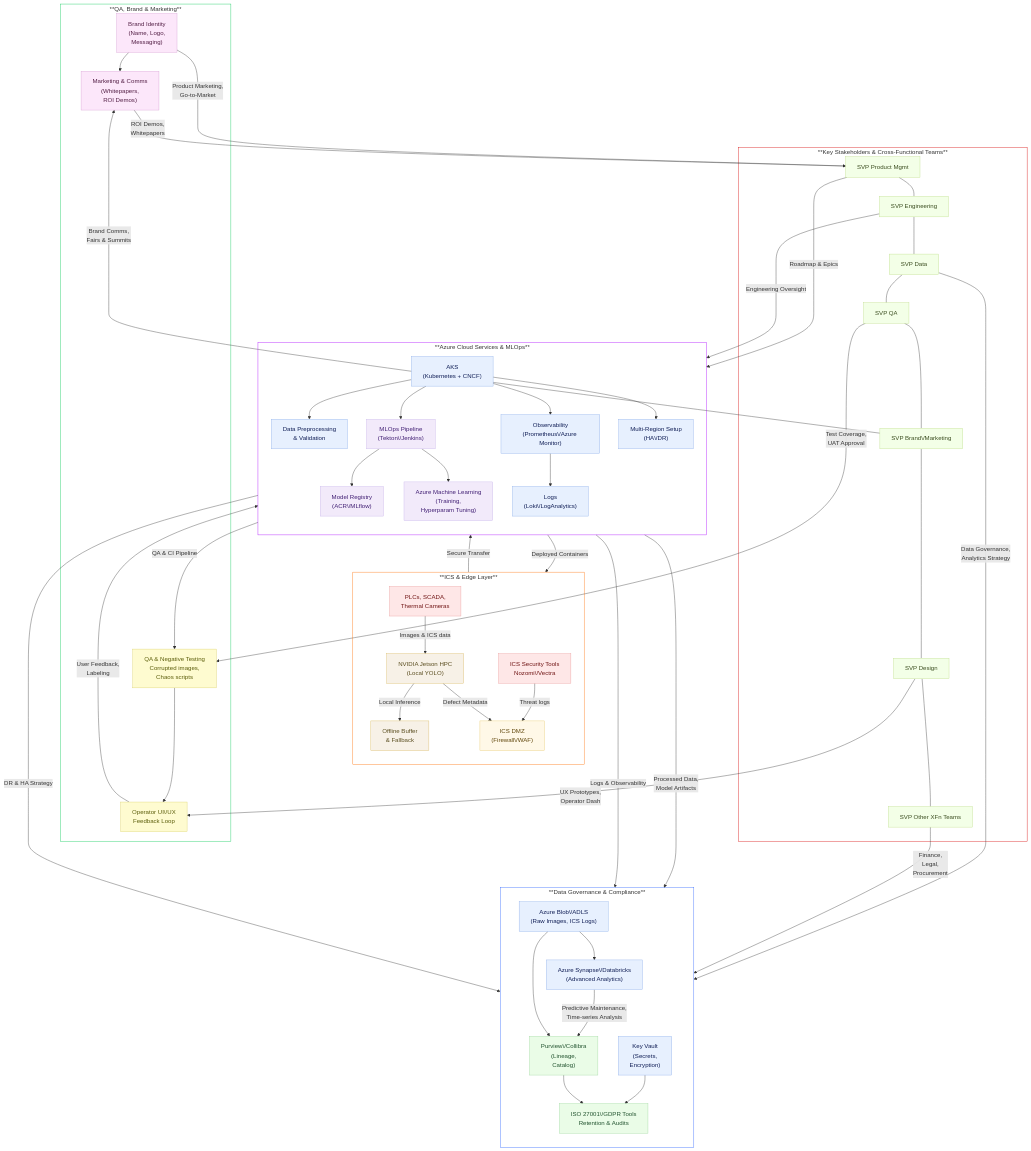
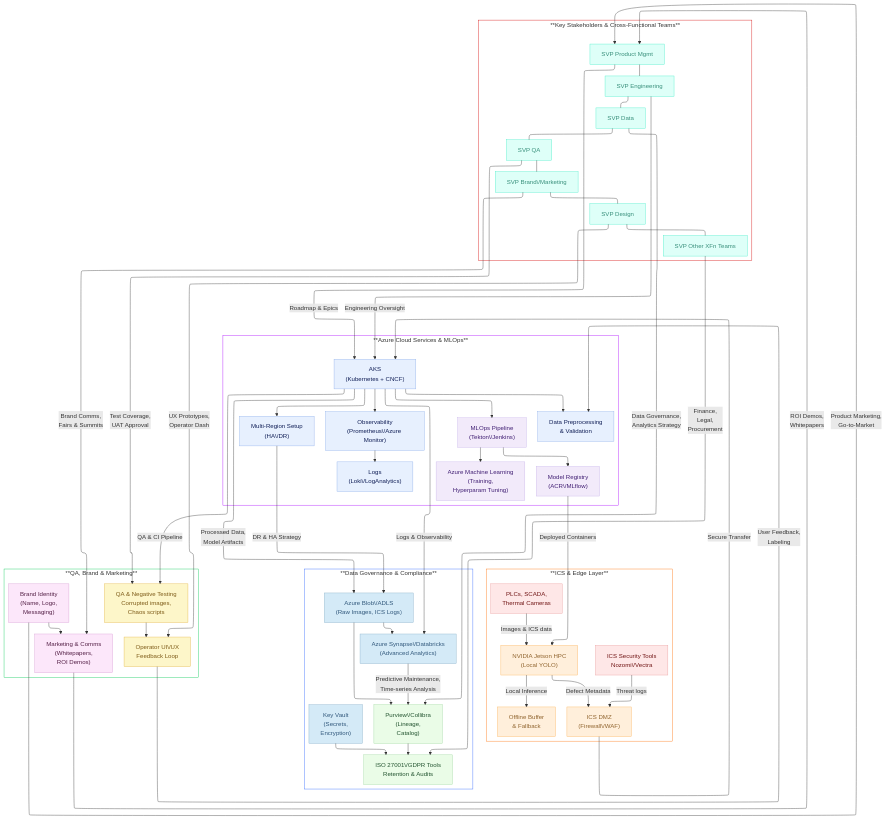
One commit to suprachakra/AlumiGuard-AI changed the diagram in README.md. Above: the diagram before and after it, drawn with Mermaid.

````diff
--- a/README.md
+++ b/README.md
@@ -32,17 +32,21 @@
 ```mermaid
+---
+config:
+  layout: elk
+---
 flowchart TB
  subgraph ICS_Env["**ICS & Edge Layer**"]
     direction TB
         A1["ICS Security Tools<br>Nozomi\/Vectra"]
         A2["PLCs, SCADA,<br>Thermal Cameras"]
         A3["NVIDIA Jetson HPC<br>(Local YOLO)"]
-        A4["Offline Buffer<br>& Fallback"]
+        A4["Offline Buffer<br>&amp; Fallback"]
         A5["ICS DMZ<br>(Firewall\/WAF)"]
   end
  subgraph Azure_Cloud["**Azure Cloud Services & MLOps**"]
     direction TB
         B1["AKS<br>(Kubernetes + CNCF)"]
-        B2["Data Preprocessing<br>& Validation"]
+        B2["Data Preprocessing<br>&amp; Validation"]
         B3["MLOps Pipeline<br>(Tekton\/Jenkins)"]
         B4["Model Registry<br>(ACR\/MLflow)"]
         B5["Azure Machine Learning<br>(Training,<br>Hyperparam Tuning)"]
@@ -56,13 +60,13 @@
         C2["Azure Synapse\/Databricks<br>(Advanced Analytics)"]
         C3["Purview\/Collibra<br>(Lineage,<br>Catalog)"]
         C4["Key Vault<br>(Secrets,<br>Encryption)"]
-        C5["ISO 27001\/GDPR Tools<br>Retention & Audits"]
+        C5["ISO 27001\/GDPR Tools<br>Retention &amp; Audits"]
   end
  subgraph QA_Brand_Marketing["**QA, Brand & Marketing**"]
-        D1["QA & Negative Testing<br>Corrupted images,<br>Chaos scripts"]
+        D1["QA &amp; Negative Testing<br>Corrupted images,<br>Chaos scripts"]
         D2["Operator UI\/UX<br>Feedback Loop"]
         D3["Brand Identity<br>(Name, Logo,<br>Messaging)"]
-        D4["Marketing & Comms<br>(Whitepapers,<br>ROI Demos)"]
+        D4["Marketing &amp; Comms<br>(Whitepapers,<br>ROI Demos)"]
   end
  subgraph Stakeholders["**Key Stakeholders & Cross-Functional Teams**"]
         E1["SVP Product Mgmt"]
@@ -105,15 +109,17 @@
     E2 -- Engineering Oversight --> B1
     E3 -- Data Governance,<br>Analytics Strategy --> C3
     E4 -- Test Coverage,<br>UAT Approval --> D1
-    E5 -- Brand Comms,<br>Fairs & Summits --> D4
+    E5 -- Brand Comms,<br>Fairs &amp; Summits --> D4
     E6 -- UX Prototypes,<br>Operator Dash --> D2
     E7 -- Finance,<br>Legal,<br>Procurement --> C5
-
      A1:::ICS
      A2:::ICS
      A3:::HPC
+     A3:::Peach
      A4:::HPC
+     A4:::Peach
      A5:::DMZ
+     A5:::Peach
      B1:::Azure
      B2:::Azure
      B3:::MLOps
@@ -123,21 +129,33 @@
      B7:::Azure
      B8:::Azure
      C1:::Azure
+     C1:::MonetBlue
      C2:::Azure
+     C2:::MonetBlue
      C3:::Gov
      C4:::Azure
+     C4:::MonetBlue
      C5:::Gov
      D1:::QA
+     D1:::VanGoghYellow
      D2:::QA
+     D2:::VanGoghYellow
      D3:::Brand
      D4:::Brand
      E1:::Stakeholder
+     E1:::Aqua
      E2:::Stakeholder
+     E2:::Aqua
      E3:::Stakeholder
+     E3:::Aqua
      E4:::Stakeholder
+     E4:::Aqua
      E5:::Stakeholder
+     E5:::Aqua
      E6:::Stakeholder
+     E6:::Aqua
      E7:::Stakeholder
+     E7:::Aqua
     classDef ICS fill:#fee7e7,stroke:#eb9d9d,color:#701414
     classDef HPC fill:#f7f1e7,stroke:#d8b862,color:#5a4d1f
     classDef DMZ fill:#fff8e7,stroke:#e8c96f,color:#5f4509
@@ -147,6 +165,22 @@
     classDef Brand fill:#fce7fa,stroke:#d79fd4,color:#531f45
     classDef QA fill:#fefbd0,stroke:#dad169,color:#5a5c09
     classDef Stakeholder fill:#f3ffe7,stroke:#bdde89,color:#3a4c1f
+    classDef RenoirPink stroke-width:1px, stroke-dasharray:none, stroke:#E4A0A0, fill:#FBE5E5, color:#7D3E3E  
+    classDef PicassoBlue stroke-width:1px, stroke-dasharray:none, stroke:#5A84A2, fill:#CDE0F2, color:#2D4661  
+    classDef KlimtGold stroke-width:1px, stroke-dasharray:none, stroke:#D4A017, fill:#FBF2C1, color:#705A16
+    classDef DegasGreen stroke-width:1px, stroke-dasharray:none, stroke:#A7C796, fill:#E6F4E2, color:#3E6A42
+    classDef Rose stroke-width:1px, stroke-dasharray:none, stroke:#FF5978, fill:#FFDFE5, color:#8E2236
+    classDef Ash stroke-width:1px, stroke-dasharray:none, stroke:#999999, fill:#EEEEEE, color:#000000
+    classDef TurnerMist stroke-width:1px, stroke-dasharray:none, stroke:#B8C4D1, fill:#EAF2F8, color:#4A5B6F
+    classDef MatisseLavender stroke-width:1px, stroke-dasharray:none, stroke:#B39DBC, fill:#ECE3F5, color:#4E3A5E
+    classDef Pine stroke-width:1px, stroke-dasharray:none, stroke:#254336, fill:#27654A, color:#FFFFFF
+    classDef HokusaiWave stroke-width:1px, stroke-dasharray:none, stroke:#6188A9, fill:#D4E8F2, color:#2A425D
+    classDef Sky stroke-width:1px, stroke-dasharray:none, stroke:#374D7C, fill:#E2EBFF, color:#374D7C
+    classDef CezannePeach stroke-width:1px, stroke-dasharray:none, stroke:#E2A07D, fill:#FBE7DA, color:#6D4532
+    classDef MonetBlue stroke-width:1px, stroke-dasharray:none, stroke:#87AFC7, fill:#D4EAF7, color:#30577B
+    classDef VanGoghYellow stroke-width:1px, stroke-dasharray:none, stroke:#E3B448, fill:#FDF6C9, color:#7D5A17
+    classDef Peach stroke-width:1px, stroke-dasharray:none, stroke:#FBB35A, fill:#FFEFDB, color:#8F632D
+    classDef Aqua stroke-width:1px, stroke-dasharray:none, stroke:#46EDC8, fill:#DEFFF8, color:#378E7A
     style ICS_Env fill:transparent,stroke:#FF6D00
     style Azure_Cloud fill:transparent,stroke:#AA00FF
     style QA_Brand_Marketing fill:transparent,stroke:#00C853
````
